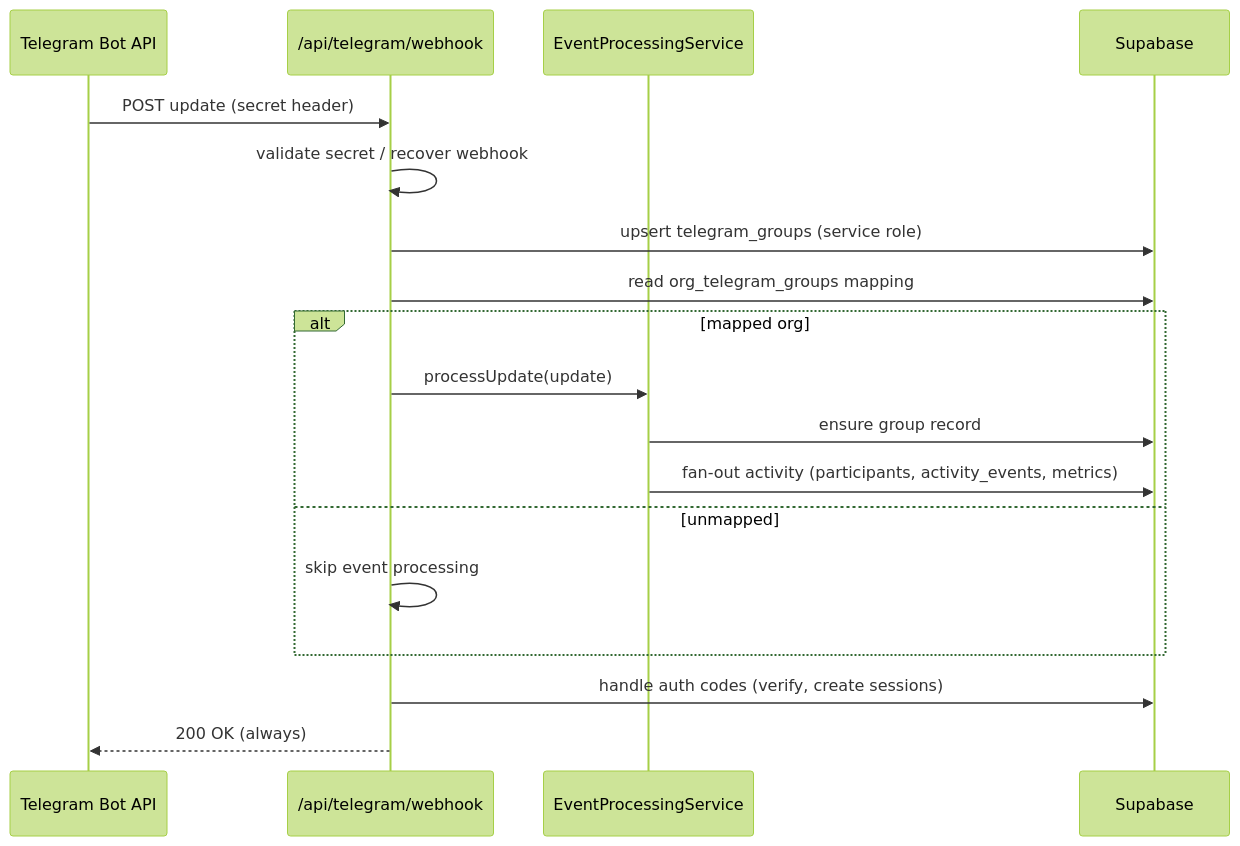
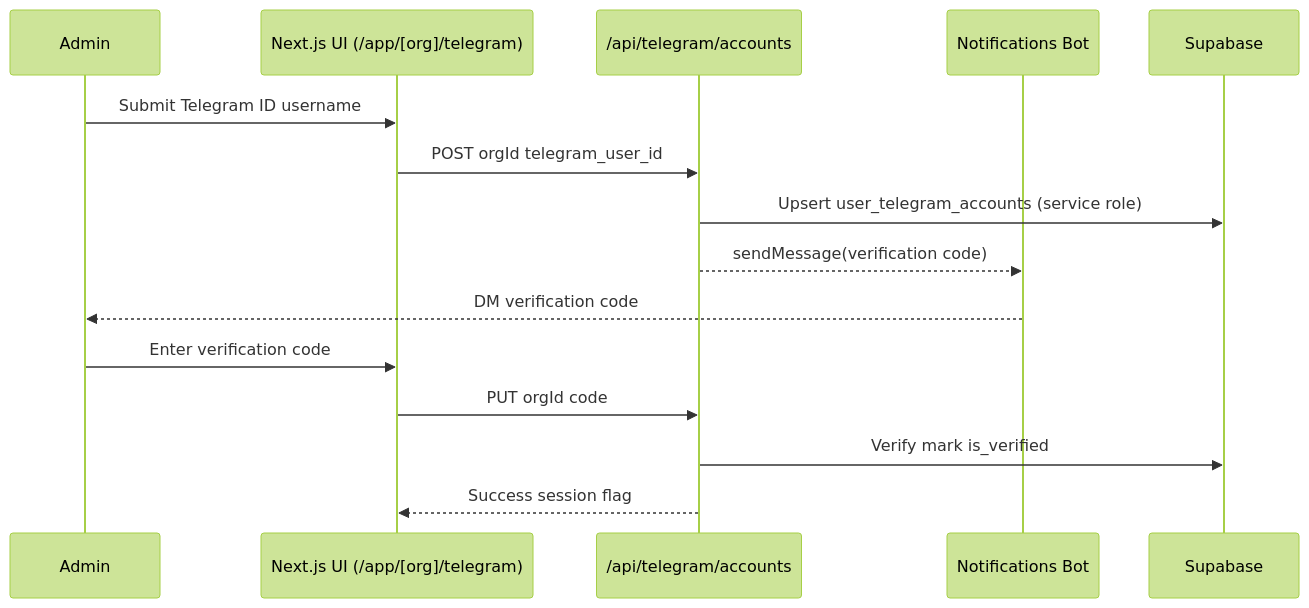
Before and after one commit to timgorshkov/orbo-1.1: the third of 3 diagrams in docs/Audit.md, drawn with Mermaid (forest theme). The commit also changed other lines of this file and 6 other files, not shown here.

First line of the commit message:
fix(telegram): Remove invalid fallback query for telegram_groups.org_id

````diff
--- a/docs/Audit.md
+++ b/docs/Audit.md
@@ -74,21 +62,18 @@
 ```mermaid
 sequenceDiagram
-  participant TG as Telegram Bot API
-  participant RH as /api/telegram/webhook
-  participant EPS as EventProcessingService
-  participant DB as Supabase
+  participant Admin
+  participant Web as Next.js UI (/app/[org]/telegram)
+  participant API as /api/telegram/accounts
+  participant Bot as Notifications Bot
+  participant Supabase
 
-  TG->>RH: POST update (secret header)
-  RH->>RH: validate secret / recover webhook
-  RH->>DB: upsert telegram_groups (service role)
-  RH->>DB: read org_telegram_groups mapping
-  alt mapped org
-    RH->>EPS: processUpdate(update)
-    EPS->>DB: ensure group record
-    EPS->>DB: fan-out activity (participants, activity_events, metrics)
-  else unmapped
-    RH->>RH: skip event processing
-  end
-  RH->>DB: handle auth codes (verify, create sessions)
-  RH-->>TG: 200 OK (always)
+  Admin->>Web: Submit Telegram ID  username
+  Web->>API: POST orgId  telegram_user_id
+  API->>Supabase: Upsert user_telegram_accounts (service role)
+  API-->>Bot: sendMessage(verification code)
+  Bot-->>Admin: DM verification code
+  Admin->>Web: Enter verification code
+  Web->>API: PUT orgId  code
+  API->>Supabase: Verify  mark is_verified
+  API-->>Web: Success  session flag
 ```
````
